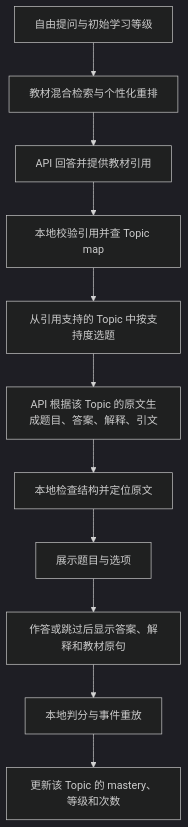
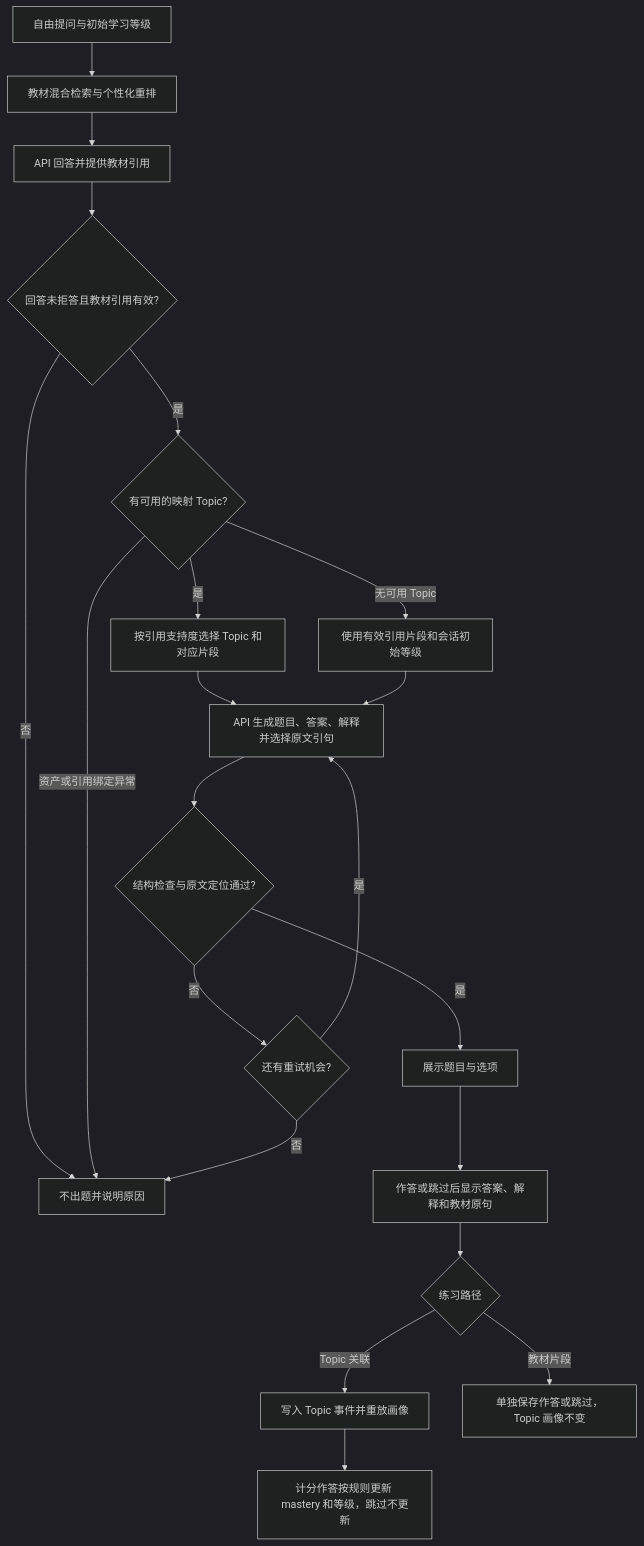
The diagram in docs/superpowers/specs/2026-10-28-api-learning-demo-design.md (yshe0376/cs30-personalised-rag), drawn with Mermaid (dark theme) before and after one commit. The commit also changed other lines of this file and 6 other files, not shown here.

````diff
--- a/docs/superpowers/specs/2026-10-28-api-learning-demo-design.md
+++ b/docs/superpowers/specs/2026-10-28-api-learning-demo-design.md
@@ -25,13 +36,23 @@
 ```mermaid
 flowchart TD
     A[自由提问与初始学习等级] --> B[教材混合检索与个性化重排]
     B --> C[API 回答并提供教材引用]
-    C --> D[本地校验引用并查 Topic map]
-    D --> E[从引用支持的 Topic 中按支持度选题]
-    E --> F[API 根据该 Topic 的原文生成题目、答案、解释、引文]
-    F --> G[本地检查结构并定位原文]
-    G --> H[展示题目与选项]
+    C --> D{回答未拒答且教材引用有效?}
+    D -- 否 --> X[不出题并说明原因]
+    D -- 是 --> E{有可用的映射 Topic?}
+    E -- 是 --> T[按引用支持度选择 Topic 和对应片段]
+    E -- 无可用 Topic --> P[使用有效引用片段和会话初始等级]
+    E -- 资产或引用绑定异常 --> X
+    T --> F[API 生成题目、答案、解释并选择原文引句]
+    P --> F
+    F --> G{结构检查与原文定位通过?}
+    G -- 是 --> H[展示题目与选项]
+    G -- 否 --> R{还有重试机会?}
+    R -- 是 --> F
+    R -- 否 --> X
     H --> I[作答或跳过后显示答案、解释和教材原句]
-    I --> J[本地判分与事件重放]
-    J --> K[更新该 Topic 的 mastery、等级和次数]
+    I --> J{练习路径}
+    J -- Topic 关联 --> K[写入 Topic 事件并重放画像]
+    K --> L[计分作答按规则更新 mastery 和等级，跳过不更新]
+    J -- 教材片段 --> M[单独保存作答或跳过，Topic 画像不变]
 ```
````
